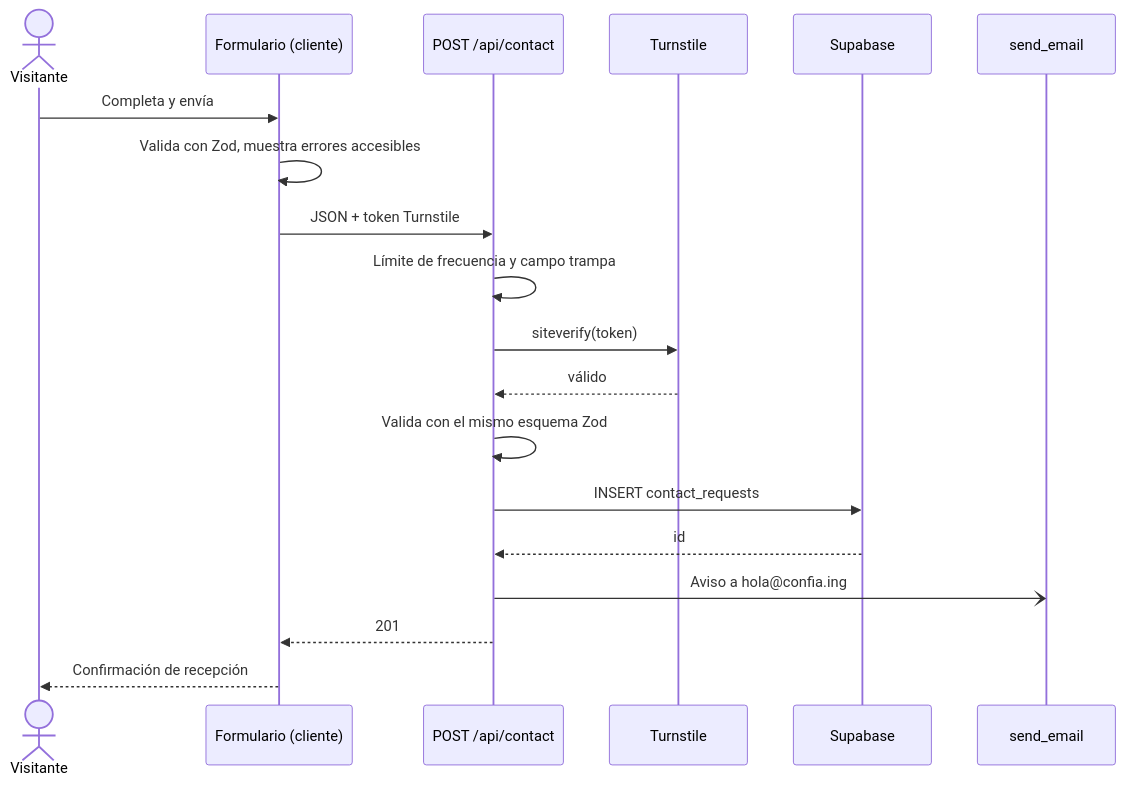
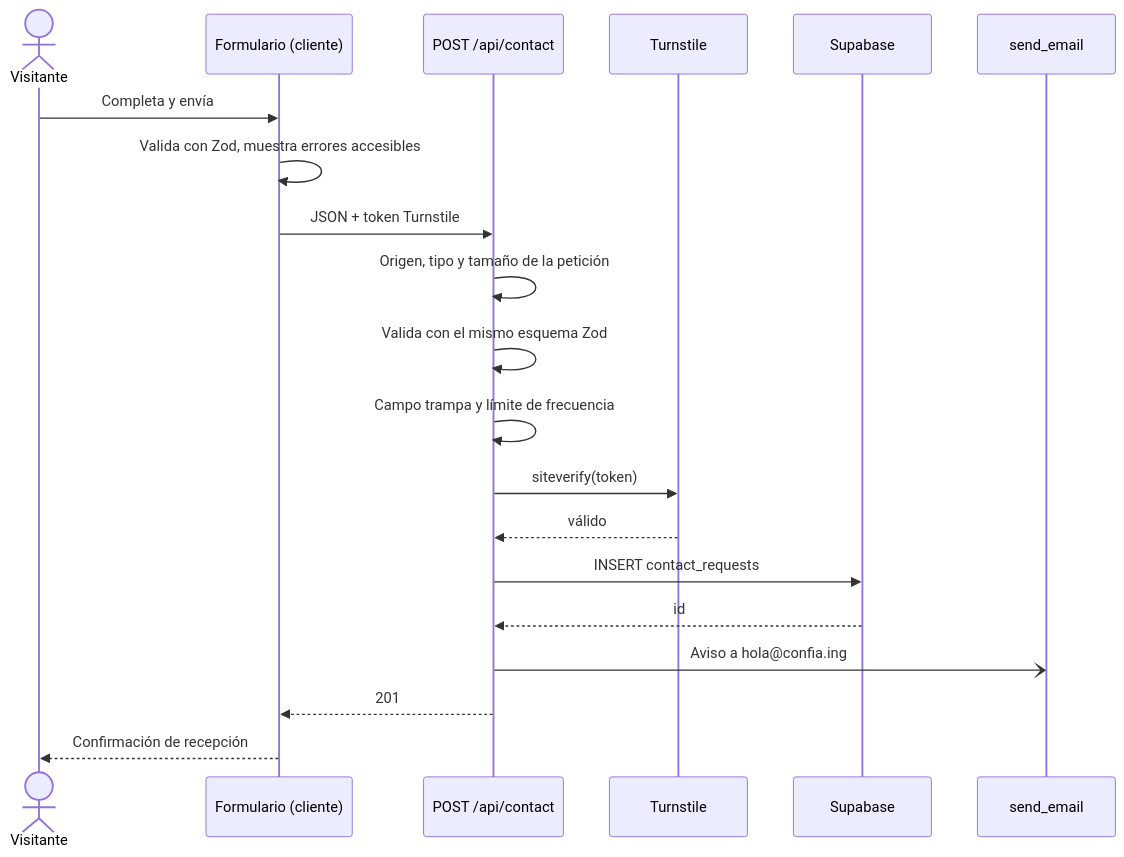
The fourth of 5 diagrams in docs/architecture/README.md (confiaing/confiahome), drawn with Mermaid before and after one commit. The commit also changed other lines of this file and 75 other files, not shown here.

````diff
--- a/docs/architecture/README.md
+++ b/docs/architecture/README.md
@@ -140,22 +140,23 @@
 ```mermaid
 sequenceDiagram
     actor V as Visitante
     participant F as Formulario (cliente)
     participant A as POST /api/contact
     participant T as Turnstile
     participant D as Supabase
     participant M as send_email
 
     V->>F: Completa y envía
     F->>F: Valida con Zod, muestra errores accesibles
     F->>A: JSON + token Turnstile
-    A->>A: Límite de frecuencia y campo trampa
+    A->>A: Origen, tipo y tamaño de la petición
+    A->>A: Valida con el mismo esquema Zod
+    A->>A: Campo trampa y límite de frecuencia
     A->>T: siteverify(token)
     T-->>A: válido
-    A->>A: Valida con el mismo esquema Zod
     A->>D: INSERT contact_requests
     D-->>A: id
     A-)M: Aviso a hola@confia.ing
     A-->>F: 201
     F-->>V: Confirmación de recepción
 ```
````
